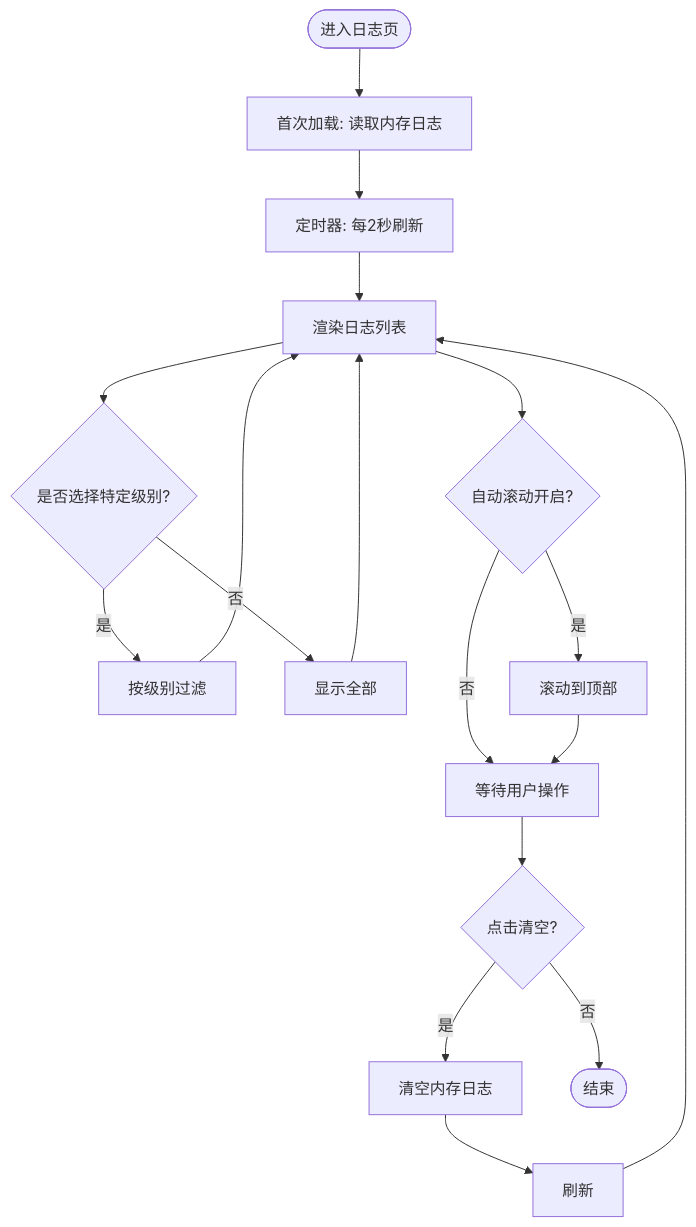
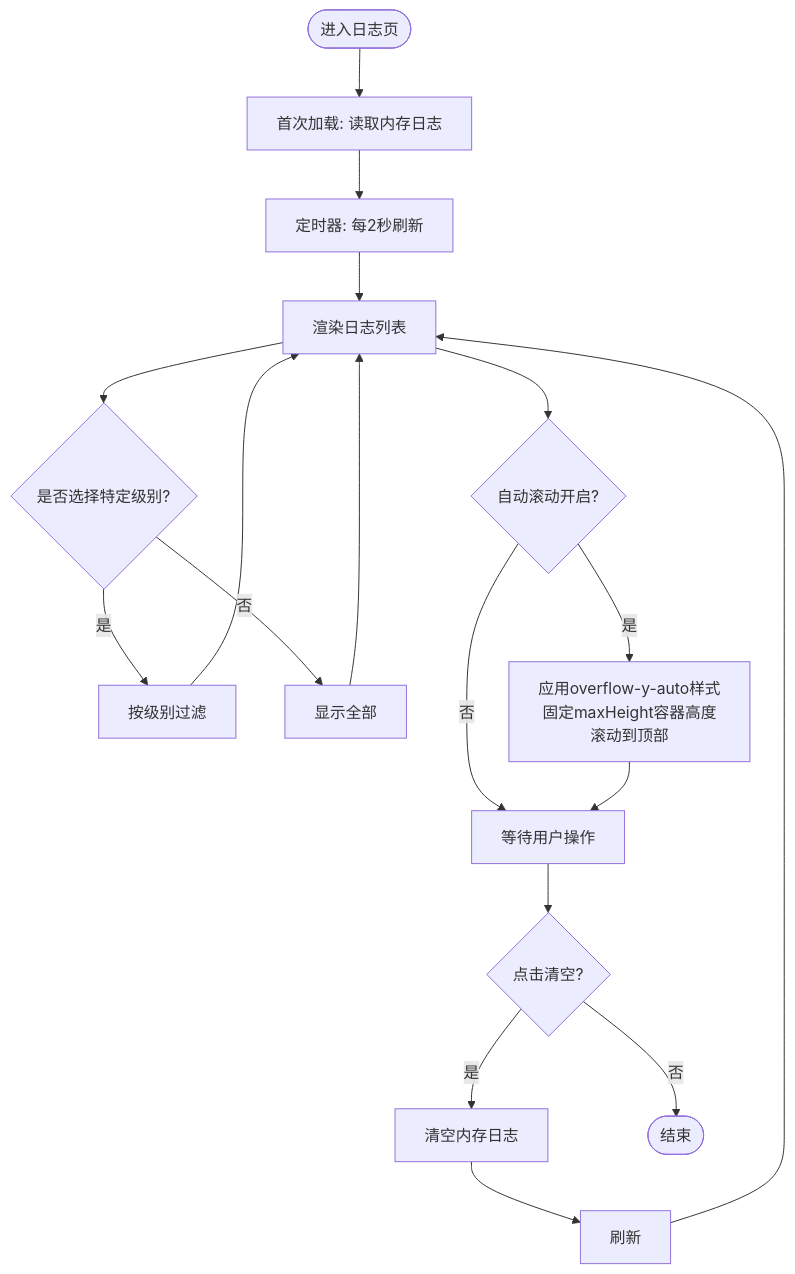
The fourth of 5 diagrams in .qoder/repowiki/zh/content/系统集成/日志系统.md (yn-zxj/Assetly), drawn with Mermaid before and after one commit. The commit also changed other lines of this file and 9 other files, not shown here.

````diff
--- a/.qoder/repowiki/zh/content/系统集成/日志系统.md
+++ b/.qoder/repowiki/zh/content/系统集成/日志系统.md
@@ -187,19 +219,19 @@
 ```mermaid
 flowchart TD
 Start(["进入日志页"]) --> Load["首次加载: 读取内存日志"]
 Load --> Tick["定时器: 每2秒刷新"]
 Tick --> Render["渲染日志列表"]
 Render --> Filter{"是否选择特定级别?"}
 Filter --> |是| ApplyFilter["按级别过滤"]
 Filter --> |否| ShowAll["显示全部"]
 ApplyFilter --> Render
 ShowAll --> Render
 Render --> AutoScroll{"自动滚动开启?"}
-AutoScroll --> |是| ScrollTop["滚动到顶部"]
+AutoScroll --> |是| SmoothScroll["应用overflow-y-auto样式<br/>固定maxHeight容器高度<br/>滚动到顶部"]
 AutoScroll --> |否| Wait["等待用户操作"]
-ScrollTop --> Wait
+SmoothScroll --> Wait
 Wait --> Clear{"点击清空?"}
 Clear --> |是| ClearMem["清空内存日志"] --> Refresh["刷新"]
 Clear --> |否| End(["结束"])
 Refresh --> Render
 ```
````
